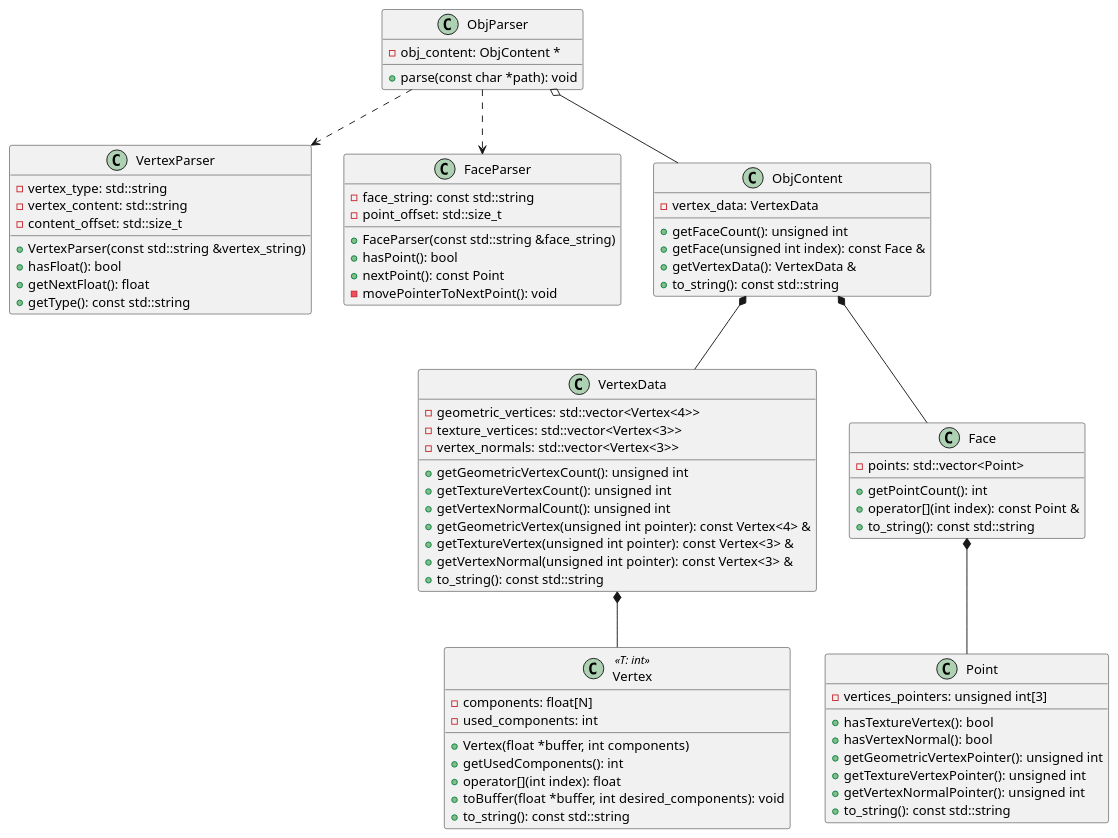
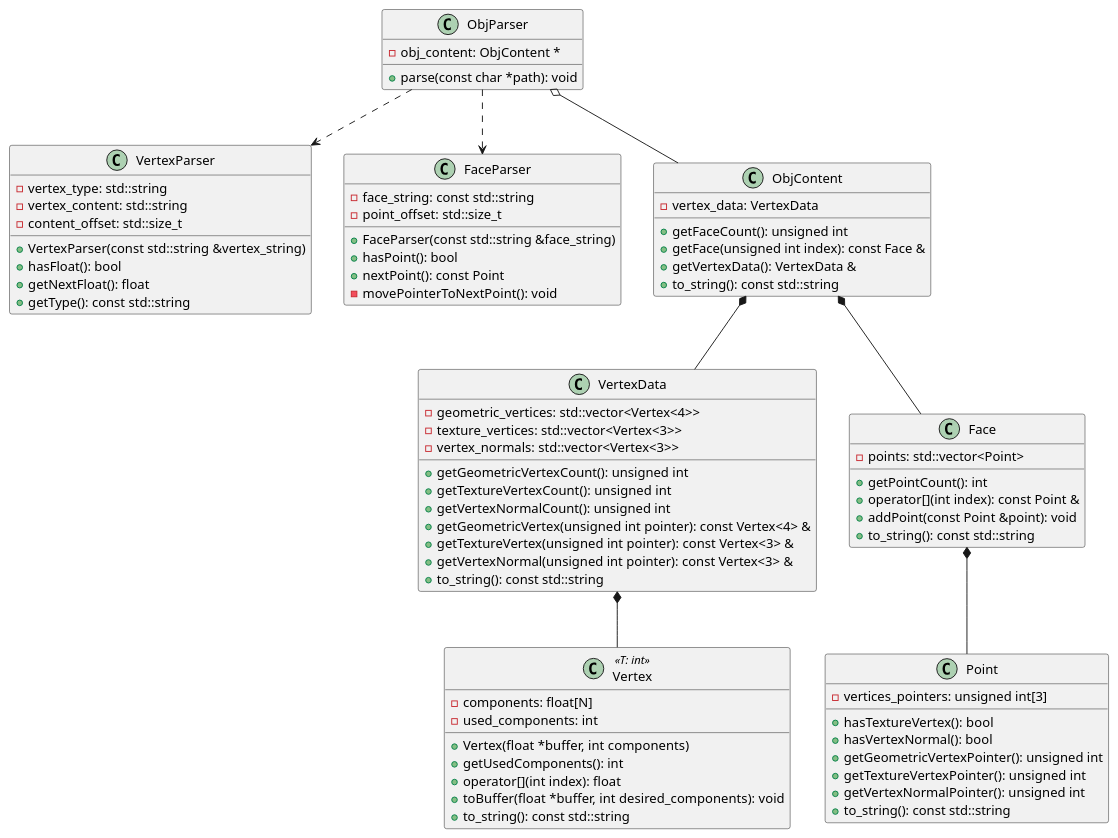
One commit to musergi/obj_parser changed the diagram in obj_parser.pu. Above: the diagram before and after it, drawn with PlantUML.

Commit message:
Updated UML

```diff
--- a/obj_parser.pu
+++ b/obj_parser.pu
@@ -1,83 +1,84 @@
 @startuml
 
 class Vertex << T: int >> {
     - components: float[N]
     - used_components: int
     + Vertex(float *buffer, int components)
     + getUsedComponents(): int
     + operator[](int index): float
     + toBuffer(float *buffer, int desired_components): void
     + to_string(): const std::string
 }
 
 class VertexParser {
     - vertex_type: std::string
     - vertex_content: std::string
     - content_offset: std::size_t
     + VertexParser(const std::string &vertex_string)
     + hasFloat(): bool
     + getNextFloat(): float
     + getType(): const std::string
 }
 
 class ObjParser {
     - obj_content: ObjContent *
     + parse(const char *path): void
 }
 
 class FaceParser {
 	- face_string: const std::string
 	- point_offset: std::size_t
 	+ FaceParser(const std::string &face_string)
 	+ hasPoint(): bool
     + nextPoint(): const Point
     - movePointerToNextPoint(): void
 }
 
 class VertexData {
     - geometric_vertices: std::vector<Vertex<4>>
     - texture_vertices: std::vector<Vertex<3>>
     - vertex_normals: std::vector<Vertex<3>>
     + getGeometricVertexCount(): unsigned int
     + getTextureVertexCount(): unsigned int
     + getVertexNormalCount(): unsigned int
     + getGeometricVertex(unsigned int pointer): const Vertex<4> &
     + getTextureVertex(unsigned int pointer): const Vertex<3> &
     + getVertexNormal(unsigned int pointer): const Vertex<3> &
     + to_string(): const std::string
 }
 
 class ObjContent {
     - vertex_data: VertexData
     + getFaceCount(): unsigned int
     + getFace(unsigned int index): const Face &
     + getVertexData(): VertexData &
     + to_string(): const std::string
 }
 
 class Face {
     - points: std::vector<Point>
     + getPointCount(): int
     + operator[](int index): const Point &
+    + addPoint(const Point &point): void
     + to_string(): const std::string
 }
 
 class Point {
     - vertices_pointers: unsigned int[3]
     + hasTextureVertex(): bool
     + hasVertexNormal(): bool
     + getGeometricVertexPointer(): unsigned int
     + getTextureVertexPointer(): unsigned int
     + getVertexNormalPointer(): unsigned int
     + to_string(): const std::string
 }
 
 ObjContent *-- VertexData
 VertexData *-- Vertex
 ObjContent *-- Face
 Face *-- Point
 ObjParser o-- ObjContent 
 ObjParser ..> VertexParser
 ObjParser ..> FaceParser
 
 @enduml
```
